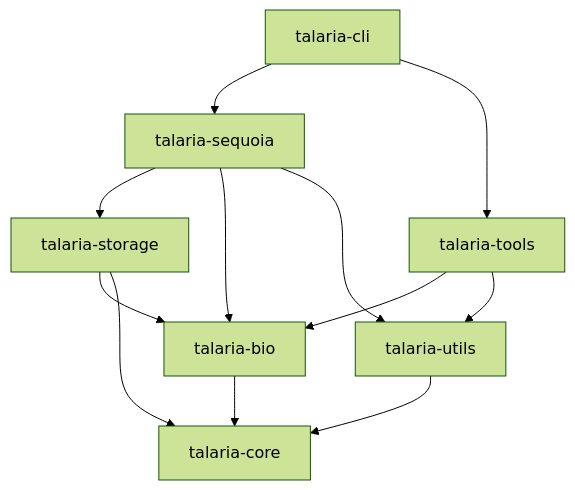
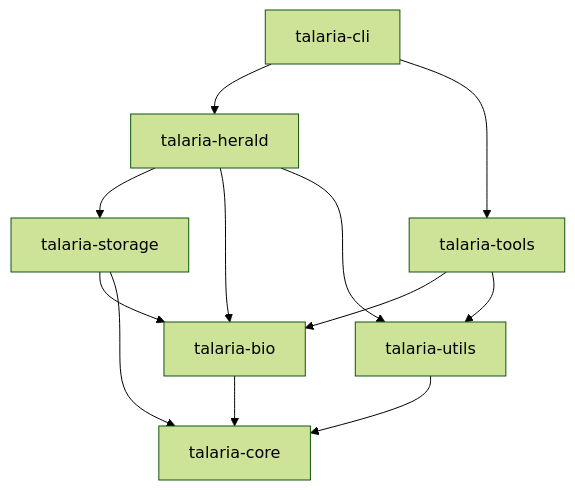
Before and after one commit to bfowle/talaria: the diagram in README.md, drawn with Mermaid (forest theme). The commit also changed other lines of this file and 405 other files, not shown here.

First line of the commit message:
refactor!: rename SEQUOIA architecture to HERALD

````diff
--- a/README.md
+++ b/README.md
@@ -151,14 +151,14 @@
 ```mermaid
 graph TD
-    CLI[talaria-cli] --> SEQUOIA[talaria-sequoia]
+    CLI[talaria-cli] --> HERALD[talaria-herald]
     CLI --> TOOLS[talaria-tools]
-    SEQUOIA --> STORAGE[talaria-storage]
-    SEQUOIA --> BIO[talaria-bio]
-    SEQUOIA --> UTILS[talaria-utils]
+    HERALD --> STORAGE[talaria-storage]
+    HERALD --> BIO[talaria-bio]
+    HERALD --> UTILS[talaria-utils]
     TOOLS --> BIO
     TOOLS --> UTILS
     STORAGE --> BIO
     BIO --> CORE[talaria-core]
     UTILS --> CORE
     STORAGE --> CORE
 ```
````
